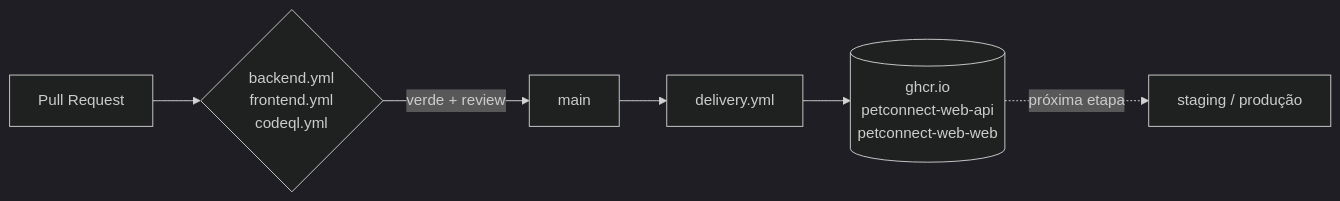
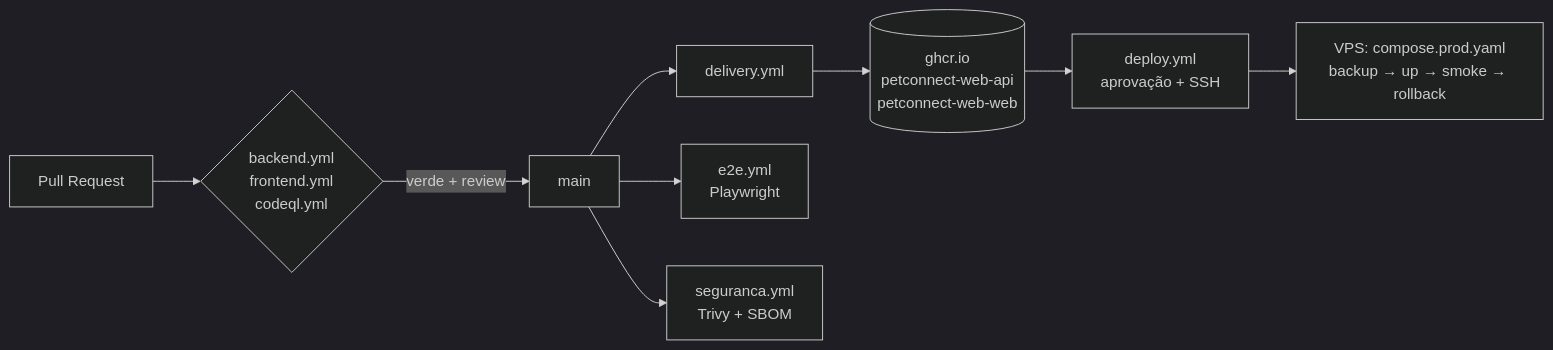
The second of 2 diagrams in docs/arquitetura.md (AleksGustavo/PetConnect-Web), drawn with Mermaid (dark theme) before and after one commit. The commit also changed other lines of this file and 45 other files, not shown here.

````diff
--- a/docs/arquitetura.md
+++ b/docs/arquitetura.md
@@ -98,8 +223,11 @@
 ```mermaid
 flowchart LR
     PR[Pull Request] --> CI{backend.yml<br/>frontend.yml<br/>codeql.yml}
     CI -- verde + review --> MAIN[main]
     MAIN --> D[delivery.yml]
     D --> GHCR[(ghcr.io<br/>petconnect-web-api<br/>petconnect-web-web)]
-    GHCR -. próxima etapa .-> DEPLOY[staging / produção]
+    GHCR --> DEPLOY[deploy.yml<br/>aprovação + SSH]
+    DEPLOY --> VPS[VPS: compose.prod.yaml<br/>backup → up → smoke → rollback]
+    MAIN --> E2E[e2e.yml<br/>Playwright]
+    MAIN --> SEG[seguranca.yml<br/>Trivy + SBOM]
 ```
````
